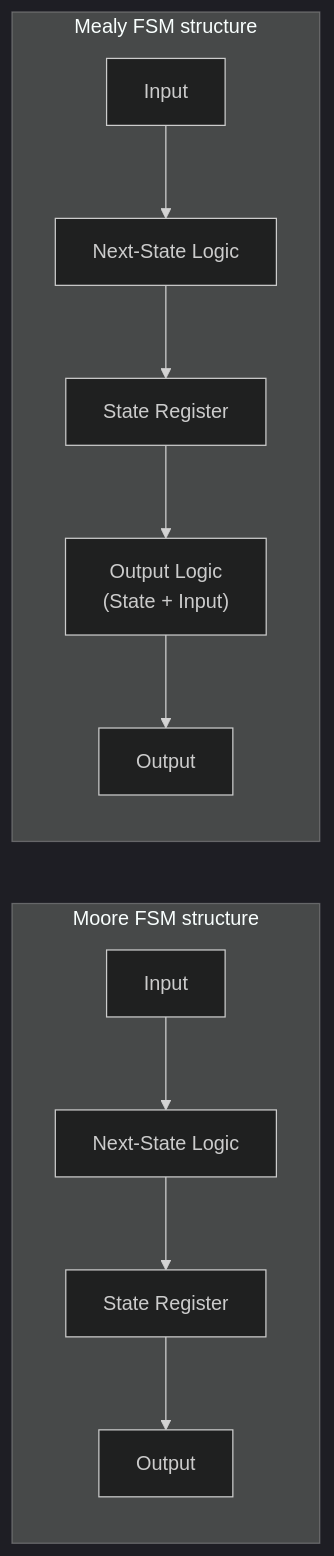
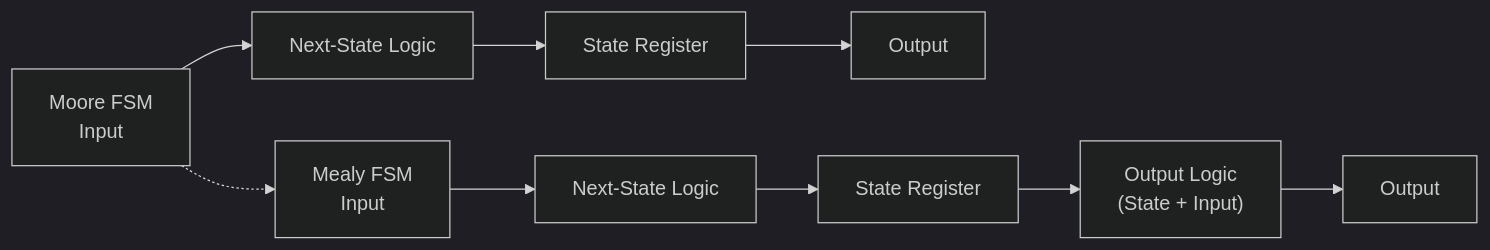
One commit to Samizo-AITL/Edusemi-v4x changed the third of 3 diagrams in chapter2_comb_logic/2.6_fsm_intro.md. Above: the diagram before and after it, drawn with Mermaid (dark theme). The commit also changed other lines of this file, not shown here.

````diff
--- a/chapter2_comb_logic/2.6_fsm_intro.md
+++ b/chapter2_comb_logic/2.6_fsm_intro.md
@@ -92,19 +95,16 @@
 ```mermaid
 flowchart LR
-    %% Moore FSM
-    subgraph Moore_FSM [Moore FSM structure]
-        direction TB
-        A1["Input"] --> A2["Next-State Logic"]
-        A2 --> A3["State Register"]
-        A3 --> A4["Output"]
-    end
+    %% Moore FSM構造（左側）
+    A1["Moore FSM<br>Input"] --> A2["Next-State Logic"]
+    A2 --> A3["State Register"]
+    A3 --> A4["Output"]
 
-    %% Mealy FSM
-    subgraph Mealy_FSM [Mealy FSM structure]
-        direction TB
-        B1["Input"] --> B2["Next-State Logic"]
-        B2 --> B3["State Register"]
-        B3 --> B4["Output Logic<br>(State + Input)"]
-        B4 --> B5["Output"]
-    end
-```    
+    %% Mealy FSM構造（右側）
+    B1["Mealy FSM<br>Input"] --> B2["Next-State Logic"]
+    B2 --> B3["State Register"]
+    B3 --> B4["Output Logic<br>(State + Input)"]
+    B4 --> B5["Output"]
+
+    %% Invisible link to force horizontal alignment
+    A1 -.-> B1
+```
````
